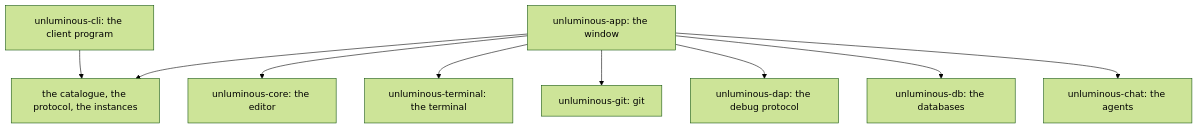
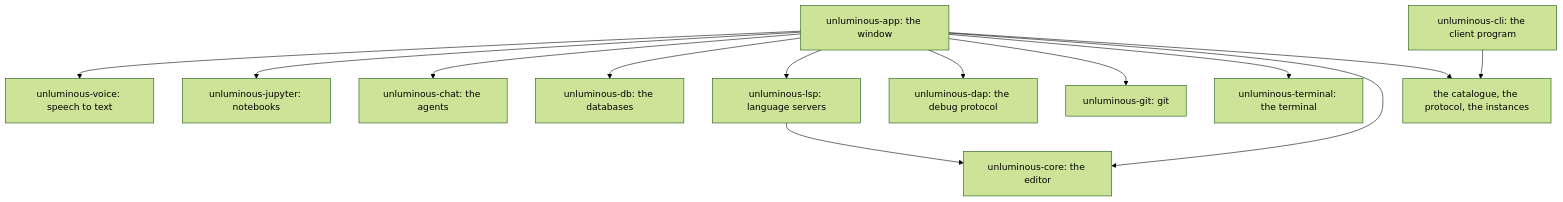
One commit to Black-Rainbow-Labs/Unluminous changed the diagram in documentation/architecture.md. Above: the diagram before and after it, drawn with Mermaid (forest theme). The commit also changed other lines of this file and 90 other files, not shown here.

````diff
--- a/documentation/architecture.md
+++ b/documentation/architecture.md
@@ -10,21 +11,28 @@
 ```mermaid
 flowchart TD
     cli[unluminous-cli: the client program]
     app[unluminous-app: the window]
     core[unluminous-core: the editor]
     term[unluminous-terminal: the terminal]
     git[unluminous-git: git]
     dap[unluminous-dap: the debug protocol]
+    lsp[unluminous-lsp: language servers]
     db[unluminous-db: the databases]
     chat[unluminous-chat: the agents]
+    jup[unluminous-jupyter: notebooks]
+    voice[unluminous-voice: speech to text]
     shared[the catalogue, the protocol, the instances]
 
     cli --> shared
     app --> shared
     app --> core
     app --> term
     app --> git
     app --> dap
+    app --> lsp
     app --> db
     app --> chat
+    app --> jup
+    app --> voice
+    lsp --> core
 ```
````
